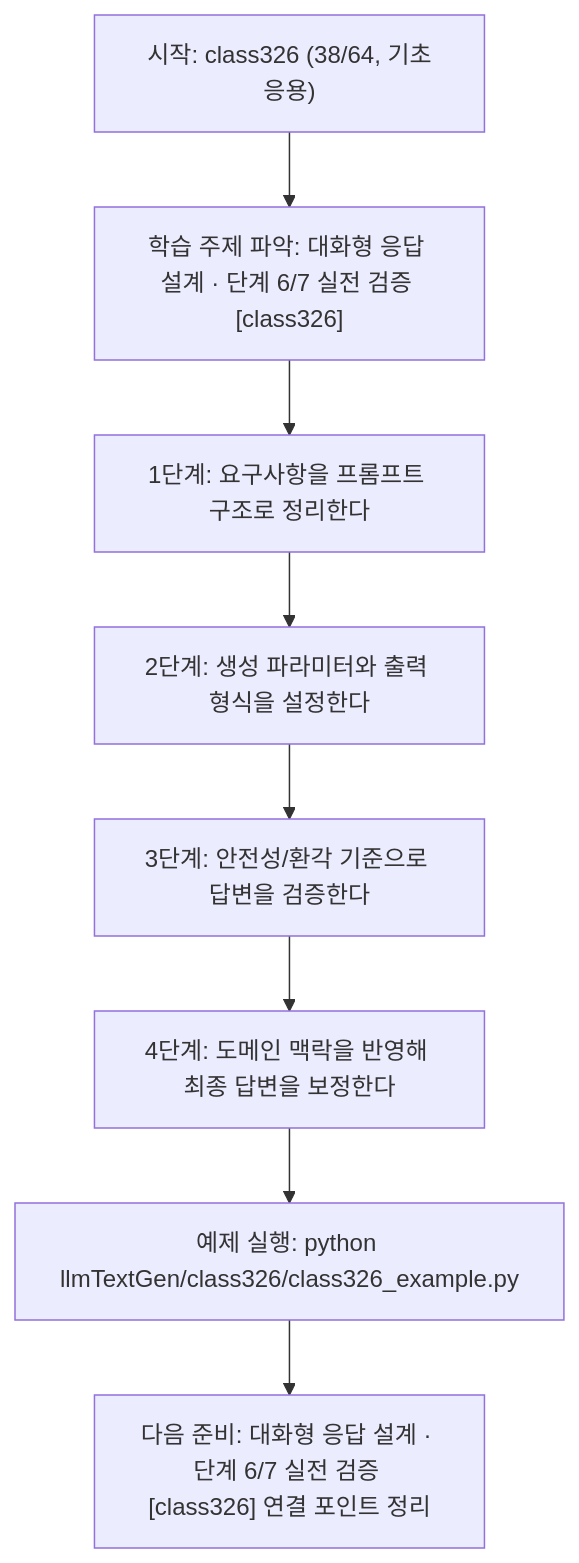
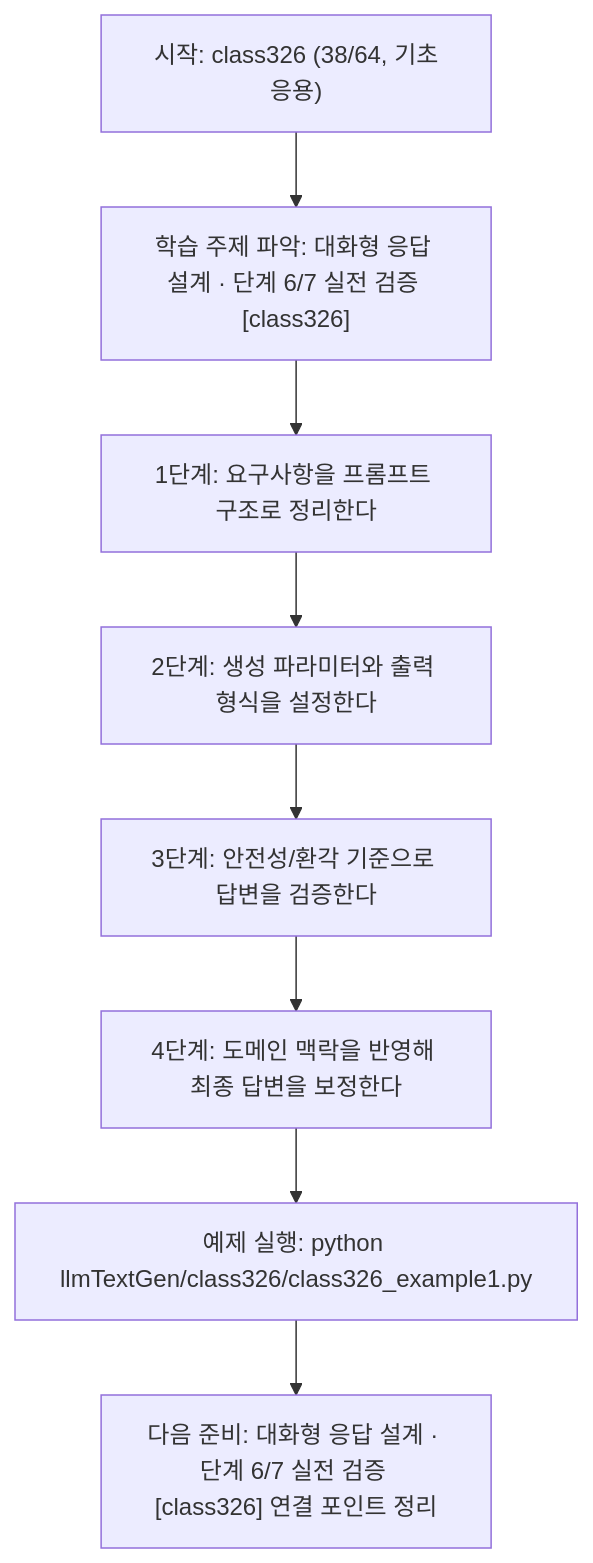
Before and after one commit to edumgt/Python-AI_Agent-Class: the diagram in llmTextGen/class326/class326.md, drawn with Mermaid. The commit also changed other lines of this file and 2959 other files, not shown here.

````diff
--- a/llmTextGen/class326/class326.md
+++ b/llmTextGen/class326/class326.md
@@ -114,18 +114,18 @@
 ```mermaid
 flowchart TD
 N1["시작: class326 (38/64, 기초응용)"]
 N2["학습 주제 파악: 대화형 응답 설계 · 단계 6/7 실전 검증 [class326]"]
 N3["1단계: 요구사항을 프롬프트 구조로 정리한다"]
 N4["2단계: 생성 파라미터와 출력 형식을 설정한다"]
 N5["3단계: 안전성/환각 기준으로 답변을 검증한다"]
 N6["4단계: 도메인 맥락을 반영해 최종 답변을 보정한다"]
-N7["예제 실행: python llmTextGen/class326/class326_example.py"]
+N7["예제 실행: python llmTextGen/class326/class326_example1.py"]
 N8["다음 준비: 대화형 응답 설계 · 단계 6/7 실전 검증 [class326] 연결 포인트 정리"]
 N1 --> N2
 N2 --> N3
 N3 --> N4
 N4 --> N5
 N5 --> N6
 N6 --> N7
 N7 --> N8
 ```
````
